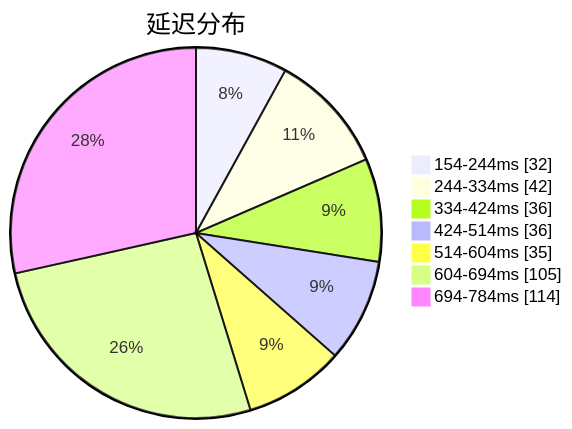
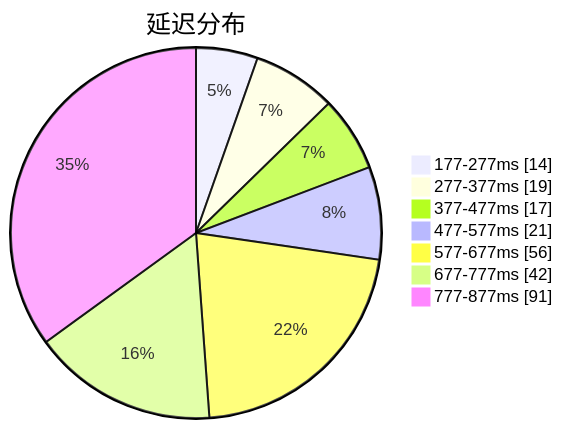
The first of 3 diagrams in subs/statistics/tested_within.md (qjlxg/airport), drawn with Mermaid before and after one commit. The commit also changed other lines of this file and 2 other files, not shown here.

````diff
--- a/subs/statistics/tested_within.md
+++ b/subs/statistics/tested_within.md
@@ -2,11 +2,11 @@
 ```mermaid
 pie showData
 title 延迟分布
-"154-244ms" : 32
-"244-334ms" : 42
-"334-424ms" : 36
-"424-514ms" : 36
-"514-604ms" : 35
-"604-694ms" : 105
-"694-784ms" : 114
+"177-277ms" : 14
+"277-377ms" : 19
+"377-477ms" : 17
+"477-577ms" : 21
+"577-677ms" : 56
+"677-777ms" : 42
+"777-877ms" : 91
 ```
````
